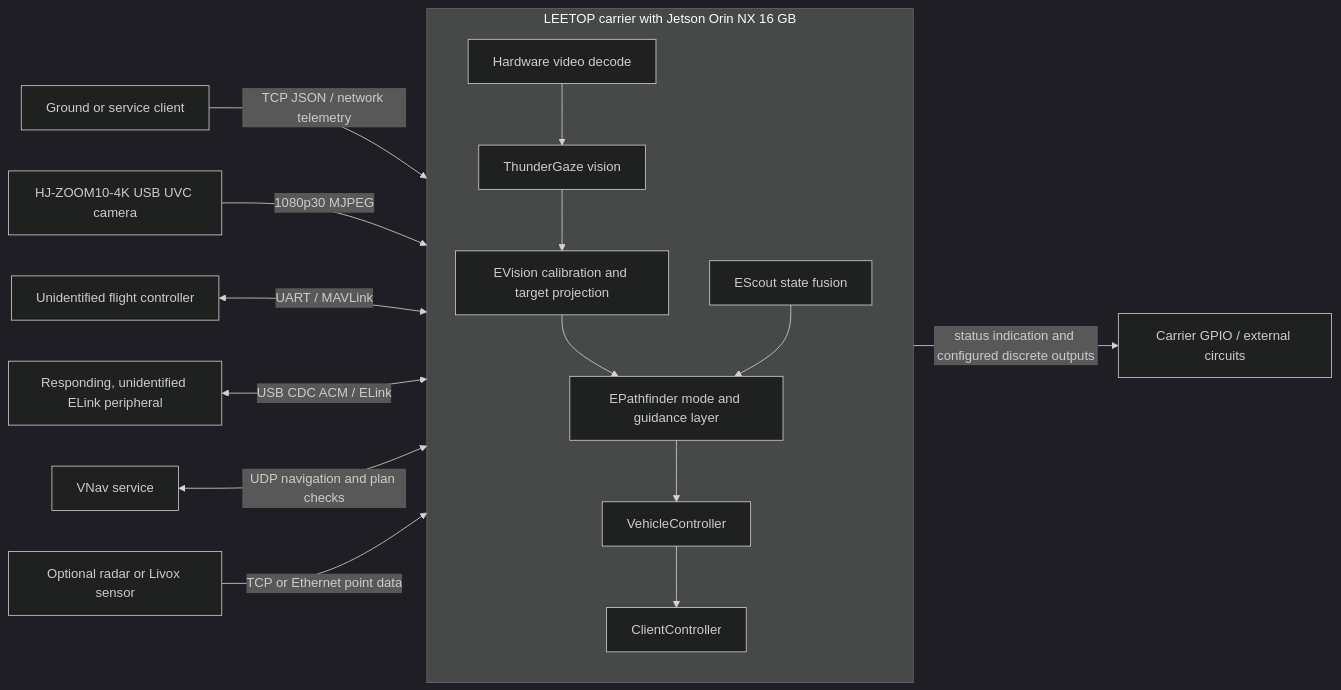
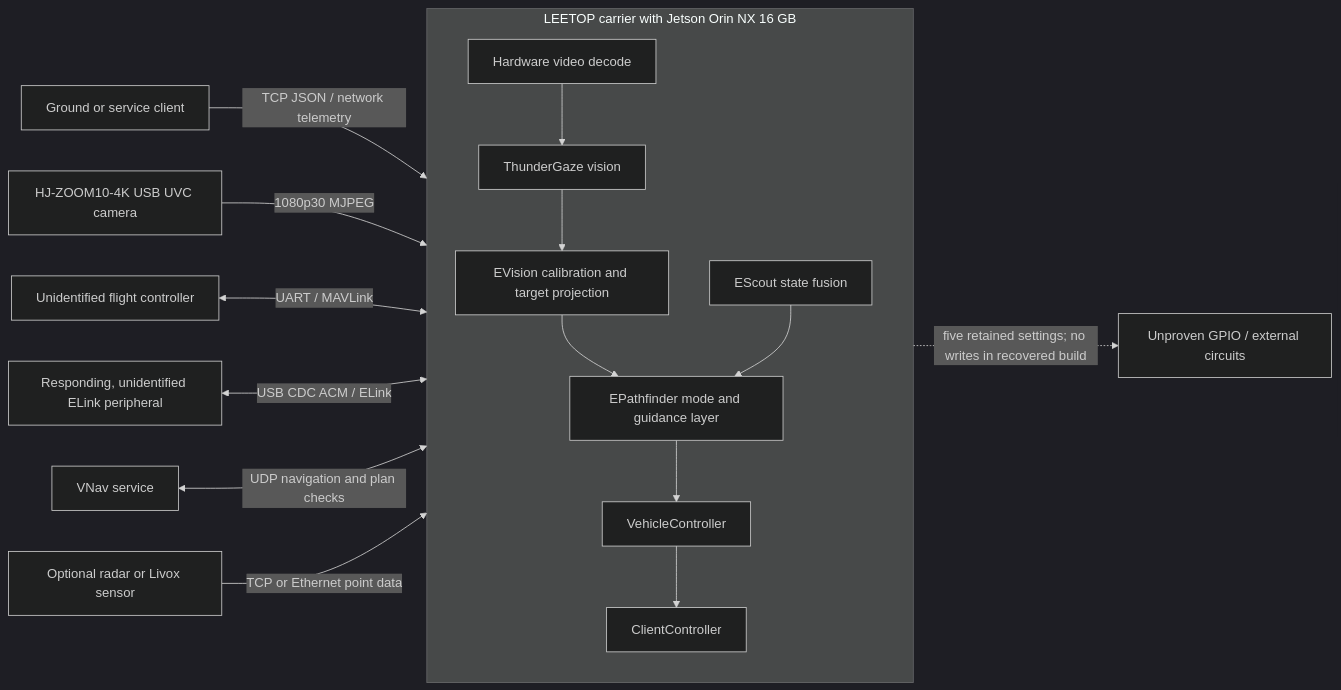
One commit to 19h/EPathfinder changed the diagram in README.md. Above: the diagram before and after it, drawn with Mermaid (dark theme). The commit also changed other lines of this file and 3 other files, not shown here.

````diff
--- a/README.md
+++ b/README.md
@@ -85,23 +88,23 @@
 ```mermaid
 flowchart LR
     GCS[Ground or service client] -->|TCP JSON / network telemetry| J
     CAM[HJ-ZOOM10-4K USB UVC camera] -->|1080p30 MJPEG| J
     FC[Unidentified flight controller] <-->|UART / MAVLink| J
     EL[Responding, unidentified ELink peripheral] <-->|USB CDC ACM / ELink| J
     VN[VNav service] <-->|UDP navigation and plan checks| J
     OPT[Optional radar or Livox sensor] -->|TCP or Ethernet point data| J
 
     subgraph J[LEETOP carrier with Jetson Orin NX 16 GB]
         DEC[Hardware video decode]
         TG[ThunderGaze vision]
         VIS[EVision calibration and target projection]
         SC[EScout state fusion]
         PF[EPathfinder mode and guidance layer]
         VC[VehicleController]
         CC[ClientController]
         DEC --> TG --> VIS --> PF
         SC --> PF --> VC --> CC
     end
 
-    J -->|status indication and configured discrete outputs| IO[Carrier GPIO / external circuits]
+    J -.->|five retained settings; no writes in recovered build| IO[Unproven GPIO / external circuits]
 ```
````
